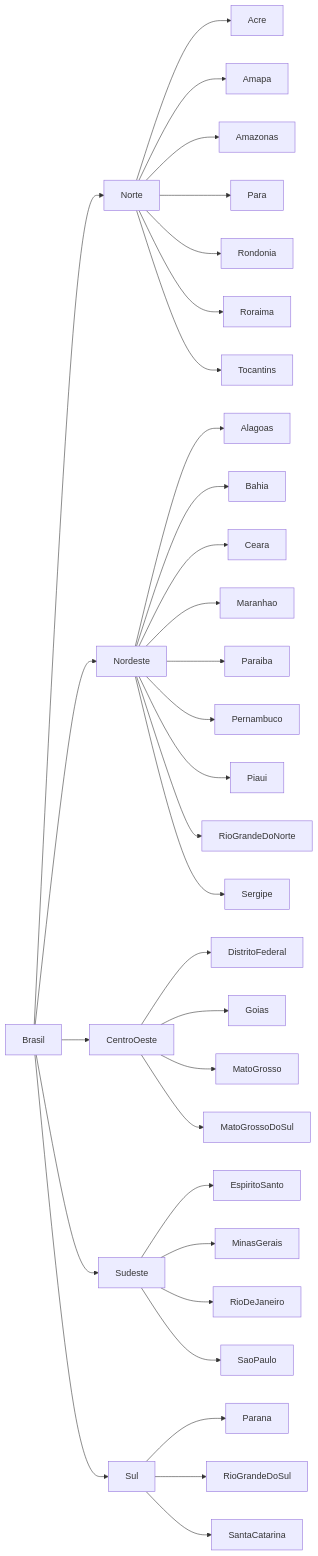
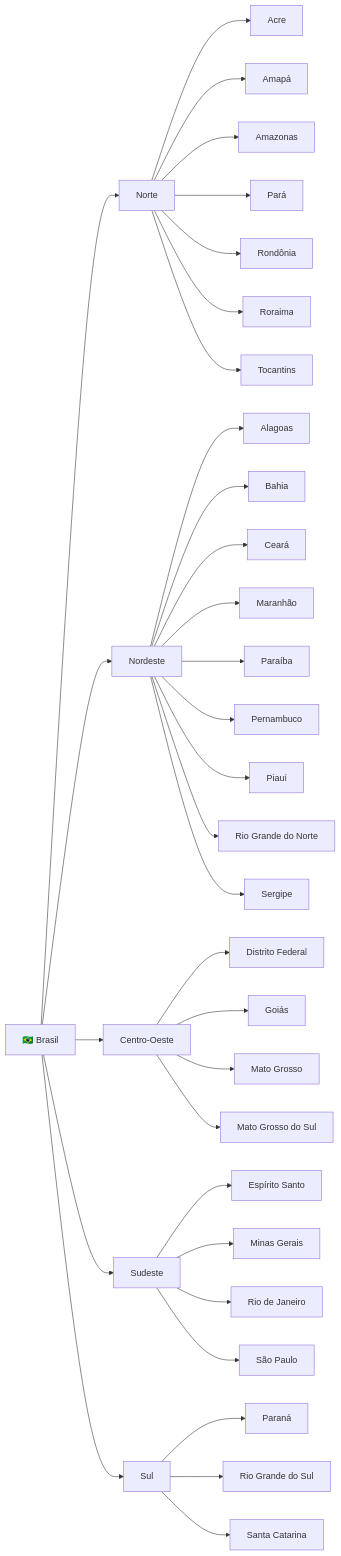
One commit to jurandysoares/info3mail changed the third of 3 diagrams in README.md. Above: the diagram before and after it, drawn with Mermaid. The commit also changed other lines of this file, not shown here.

````diff
--- a/README.md
+++ b/README.md
@@ -77,41 +77,41 @@
 ```mermaid
 graph LR
-  Brasil --> Norte
-  Brasil --> Nordeste
-  Brasil --> CentroOeste
-  Brasil --> Sudeste
-  Brasil --> Sul
+  BR["🇧🇷 Brasil"] --> N["Norte"]
+  BR --> NE["Nordeste"]
+  BR --> CO["Centro-Oeste"]
+  BR --> SE["Sudeste"]
+  BR --> S["Sul"]
 
-  Norte --> Acre
-  Norte --> Amapa
-  Norte --> Amazonas
-  Norte --> Para
-  Norte --> Rondonia
-  Norte --> Roraima
-  Norte --> Tocantins
+  N --> AC["Acre"]
+  N --> AP["Amapá"]
+  N --> AM["Amazonas"]
+  N --> PA["Pará"]
+  N --> RO["Rondônia"]
+  N --> RR["Roraima"]
+  N --> TO["Tocantins"]
 
-  Nordeste --> Alagoas
-  Nordeste --> Bahia
-  Nordeste --> Ceara
-  Nordeste --> Maranhao
-  Nordeste --> Paraiba
-  Nordeste --> Pernambuco
-  Nordeste --> Piaui
-  Nordeste --> RioGrandeDoNorte
-  Nordeste --> Sergipe
+  NE --> AL["Alagoas"]
+  NE --> BA["Bahia"]
+  NE --> CE["Ceará"]
+  NE --> MA["Maranhão"]
+  NE --> PB["Paraíba"]
+  NE --> PE["Pernambuco"]
+  NE --> PI["Piauí"]
+  NE --> RN["Rio Grande do Norte"]
+  NE --> SEr["Sergipe"]
 
-  CentroOeste --> DistritoFederal
-  CentroOeste --> Goias
-  CentroOeste --> MatoGrosso
-  CentroOeste --> MatoGrossoDoSul
+  CO --> DF["Distrito Federal"]
+  CO --> GO["Goiás"]
+  CO --> MT["Mato Grosso"]
+  CO --> MS["Mato Grosso do Sul"]
 
-  Sudeste --> EspiritoSanto
-  Sudeste --> MinasGerais
-  Sudeste --> RioDeJaneiro
-  Sudeste --> SaoPaulo
+  SE --> ES["Espírito Santo"]
+  SE --> MG["Minas Gerais"]
+  SE --> RJ["Rio de Janeiro"]
+  SE --> SP["São Paulo"]
 
-  Sul --> Parana
-  Sul --> RioGrandeDoSul
-  Sul --> SantaCatarina
+  S --> PR["Paraná"]
+  S --> RS["Rio Grande do Sul"]
+  S --> SC["Santa Catarina"]
 
 ```
````
